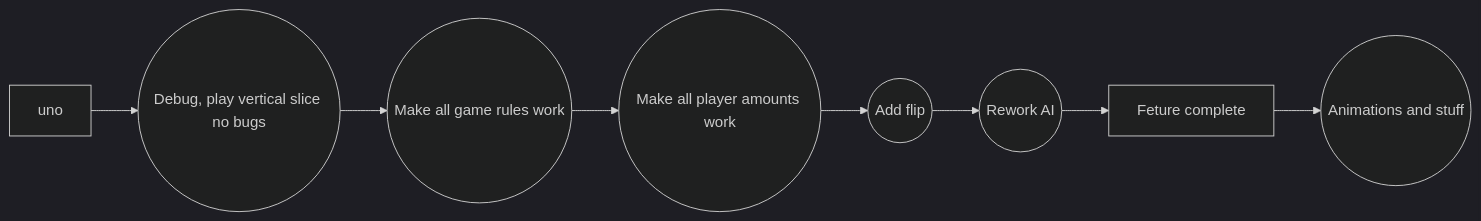
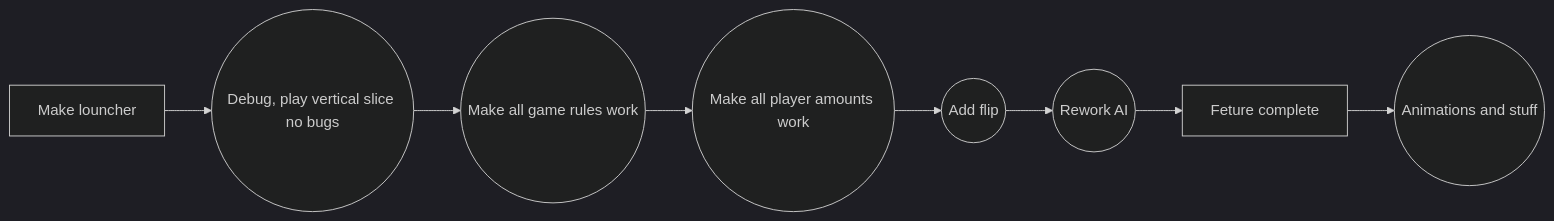
Before and after one commit to Travis-DV/GamesRepo: the diagram in README.md, drawn with Mermaid (dark theme).

````diff
--- a/README.md
+++ b/README.md
@@ -3,4 +3,5 @@
 ```mermaid
 graph LR
 A[uno] --> B((Debug, play vertical slice no bugs)) --> C((Make all game rules work)) --> D((Make all player amounts work)) --> E((Add flip)) --> F((Rework AI)) --> G[Feture complete] --> h((Animations and stuff))
+A[Make louncher]
 ```
````
